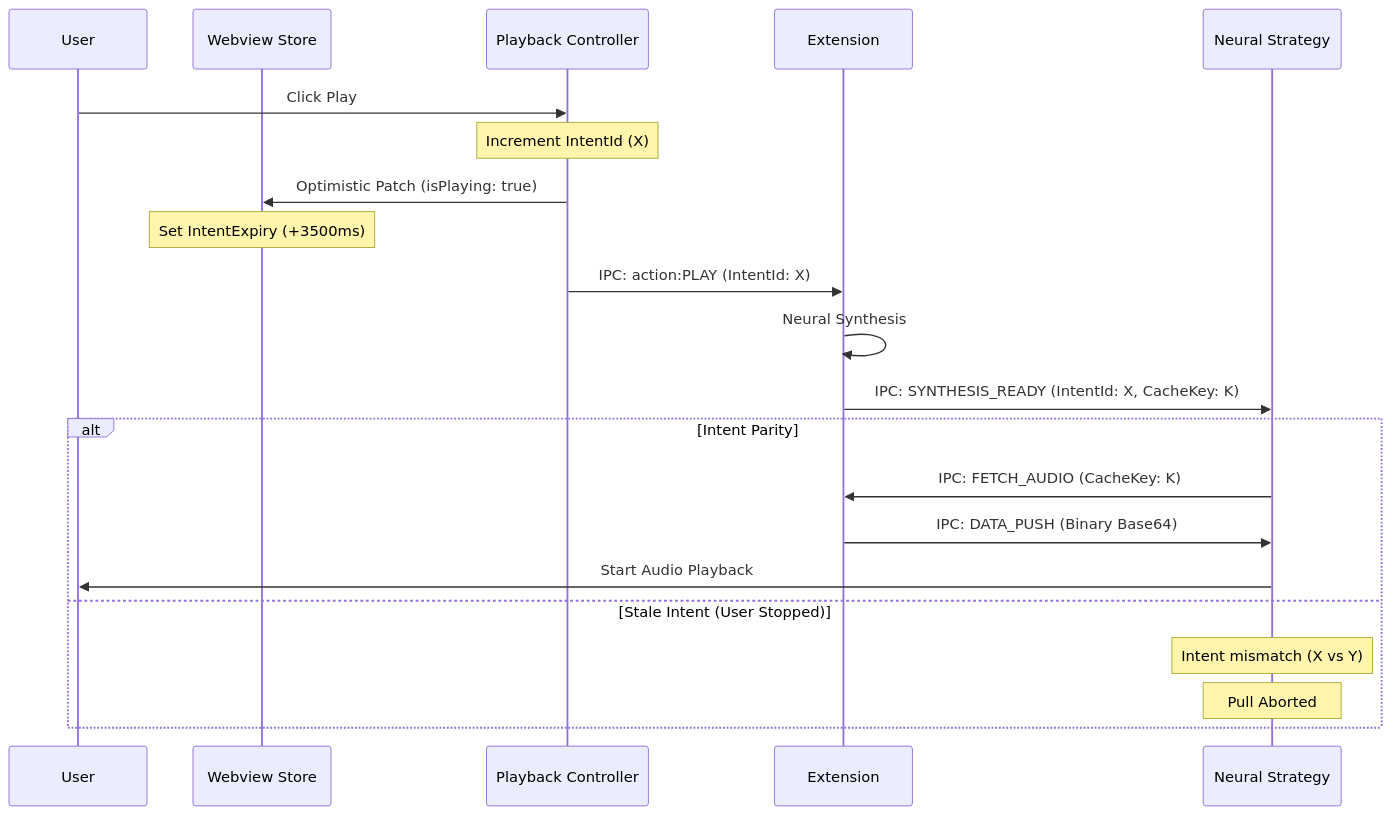
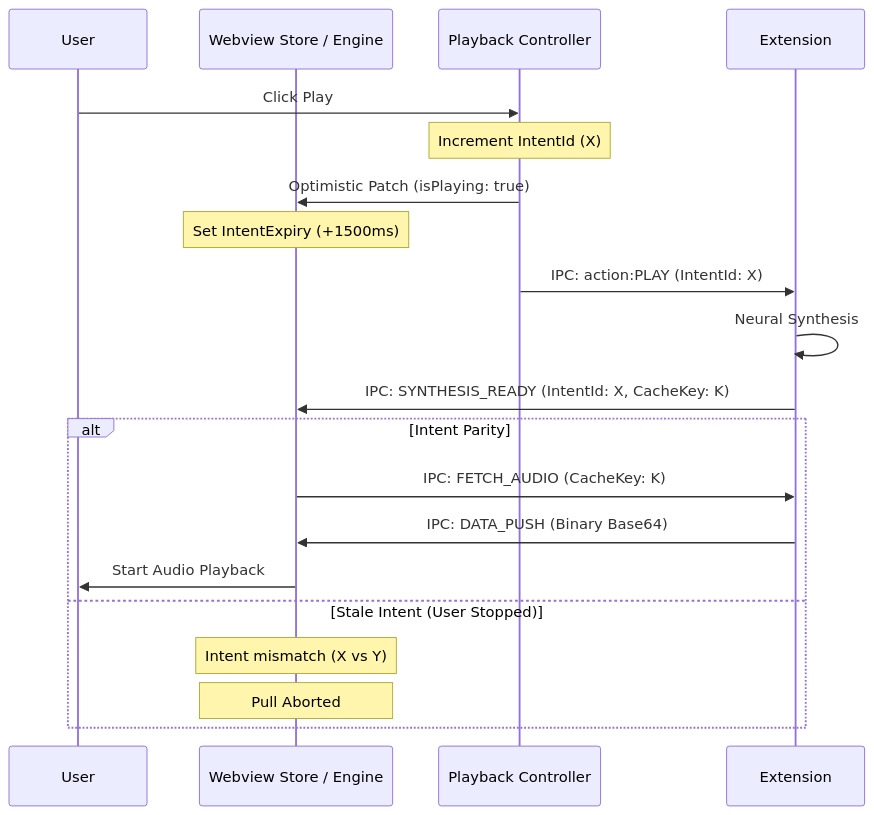
Before and after one commit to IdanDavidAviv/virgo: the second of 2 diagrams in .agent/skills/autoplay_orchestration/SKILL.md, drawn with Mermaid. The commit also changed other lines of this file and 39 other files, not shown here.

First line of the commit message:
fix(webview): eliminate Dead UI — triple IPC routing bug

````diff
--- a/.agent/skills/autoplay_orchestration/SKILL.md
+++ b/.agent/skills/autoplay_orchestration/SKILL.md
@@ -45,26 +45,26 @@
 ```mermaid
 sequenceDiagram
     participant U as User
     participant S as Webview Store
     participant C as Playback Controller
     participant E as Extension
-    participant A as Neural Strategy
+    participant S as Webview Store / Engine
 
     U->>C: Click Play
     Note over C: Increment IntentId (X)
     C->>S: Optimistic Patch (isPlaying: true)
-    Note over S: Set IntentExpiry (+3500ms)
+    Note over S: Set IntentExpiry (+1500ms)
     C->>E: IPC: action:PLAY (IntentId: X)
     
     E->>E: Neural Synthesis
-    E->>A: IPC: SYNTHESIS_READY (IntentId: X, CacheKey: K)
+    E->>S: IPC: SYNTHESIS_READY (IntentId: X, CacheKey: K)
     
     alt Intent Parity
-        A->>E: IPC: FETCH_AUDIO (CacheKey: K)
-        E->>A: IPC: DATA_PUSH (Binary Base64)
-        A->>U: Start Audio Playback
+        S->>E: IPC: FETCH_AUDIO (CacheKey: K)
+        E->>S: IPC: DATA_PUSH (Binary Base64)
+        S->>U: Start Audio Playback
     else Stale Intent (User Stopped)
-        Note over A: Intent mismatch (X vs Y)
-        Note over A: Pull Aborted
+        Note over S: Intent mismatch (X vs Y)
+        Note over S: Pull Aborted
     end
 ```
````
